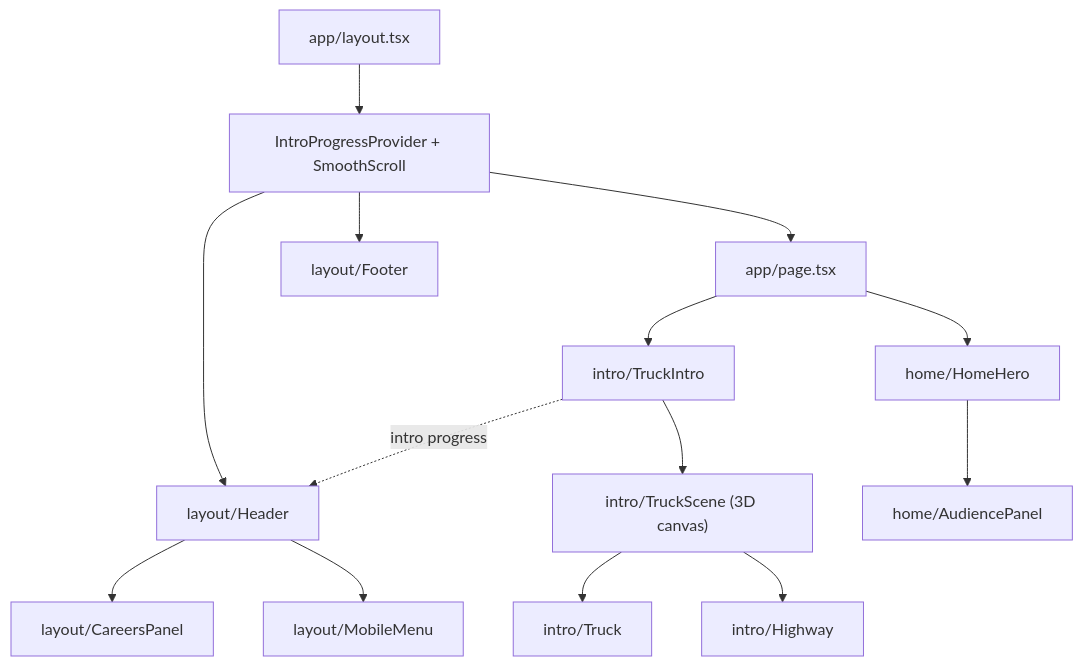
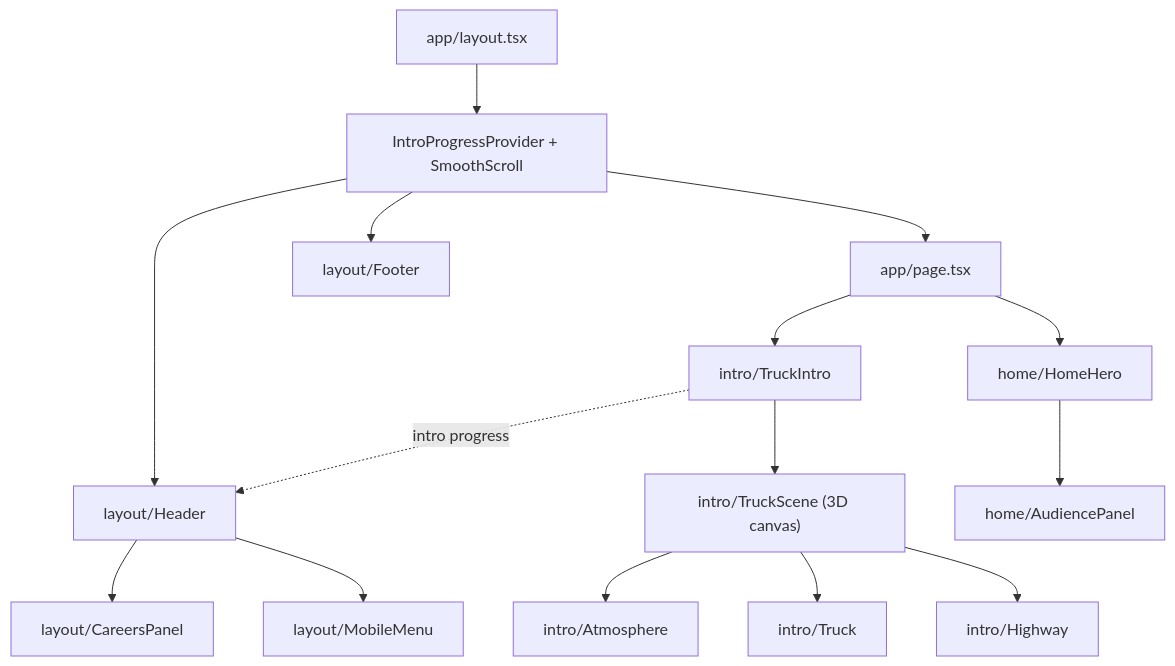
Before and after one commit to stadlerv3311/laughing-dollop: the diagram in docs/NAVIGATION.md, drawn with Mermaid. The commit also changed other lines of this file and 12 other files, not shown here.

First line of the commit message:
Rework truck intro: desert highway, aerial camera path, sunset drive-off

````diff
--- a/docs/NAVIGATION.md
+++ b/docs/NAVIGATION.md
@@ -39,16 +42,17 @@
 ```mermaid
 flowchart TD
   Layout["app/layout.tsx"] --> Providers["IntroProgressProvider + SmoothScroll"]
   Providers --> Header["layout/Header"]
   Providers --> Page["app/page.tsx"]
   Providers --> Footer["layout/Footer"]
   Header --> CareersPanel["layout/CareersPanel"]
   Header --> MobileMenu["layout/MobileMenu"]
   Page --> TruckIntro["intro/TruckIntro"]
   Page --> HomeHero["home/HomeHero"]
   TruckIntro --> TruckScene["intro/TruckScene (3D canvas)"]
+  TruckScene --> Atmosphere["intro/Atmosphere"]
   TruckScene --> Truck["intro/Truck"]
   TruckScene --> Highway["intro/Highway"]
   HomeHero --> AudiencePanel["home/AudiencePanel"]
   TruckIntro -. "intro progress" .-> Header
 ```
````
